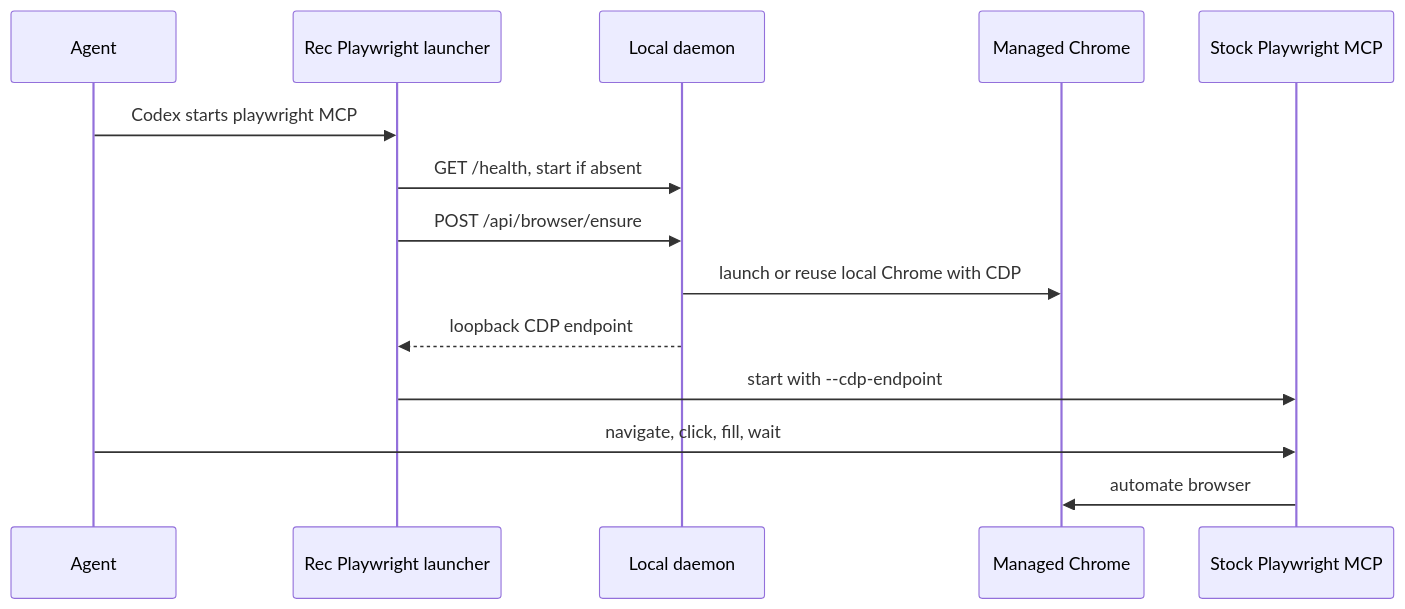
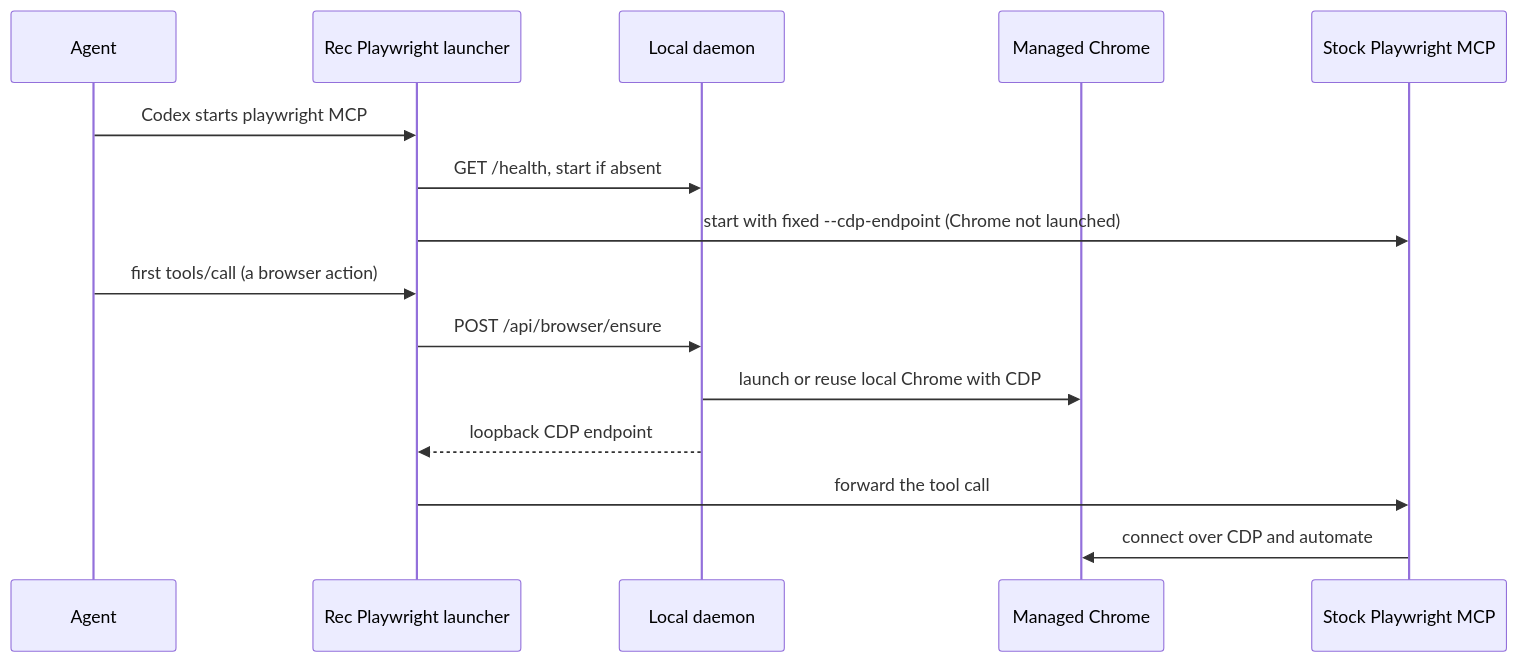
The second of 5 diagrams in ARCHITECTURE.md (that-one-arab/replay), drawn with Mermaid before and after one commit. The commit also changed other lines of this file and 2 other files, not shown here.

Commit message:
Launch Rec's managed Chrome lazily on the first browser tool

````diff
--- a/ARCHITECTURE.md
+++ b/ARCHITECTURE.md
@@ -77,17 +82,18 @@
 ```mermaid
 sequenceDiagram
   participant Agent
   participant Launcher as Rec Playwright launcher
   participant Daemon as Local daemon
   participant Chrome as Managed Chrome
   participant PW as Stock Playwright MCP
 
   Agent->>Launcher: Codex starts playwright MCP
   Launcher->>Daemon: GET /health, start if absent
+  Launcher->>PW: start with fixed --cdp-endpoint (Chrome not launched)
+  Agent->>Launcher: first tools/call (a browser action)
   Launcher->>Daemon: POST /api/browser/ensure
   Daemon->>Chrome: launch or reuse local Chrome with CDP
   Daemon-->>Launcher: loopback CDP endpoint
-  Launcher->>PW: start with --cdp-endpoint
-  Agent->>PW: navigate, click, fill, wait
-  PW->>Chrome: automate browser
+  Launcher->>PW: forward the tool call
+  PW->>Chrome: connect over CDP and automate
 ```
````
